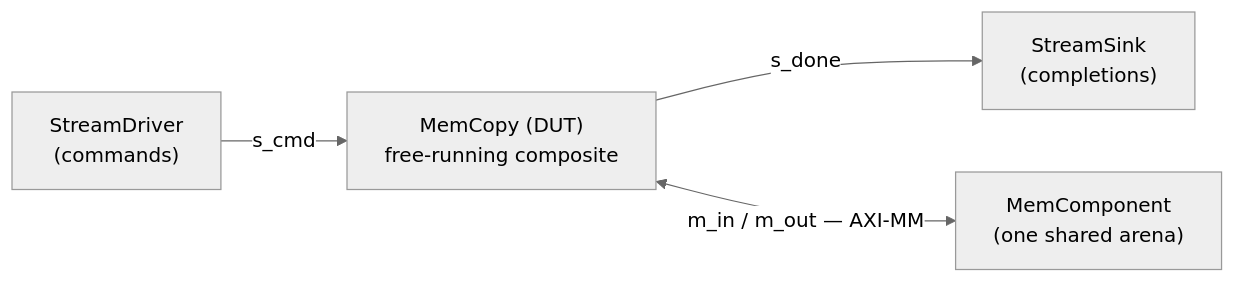
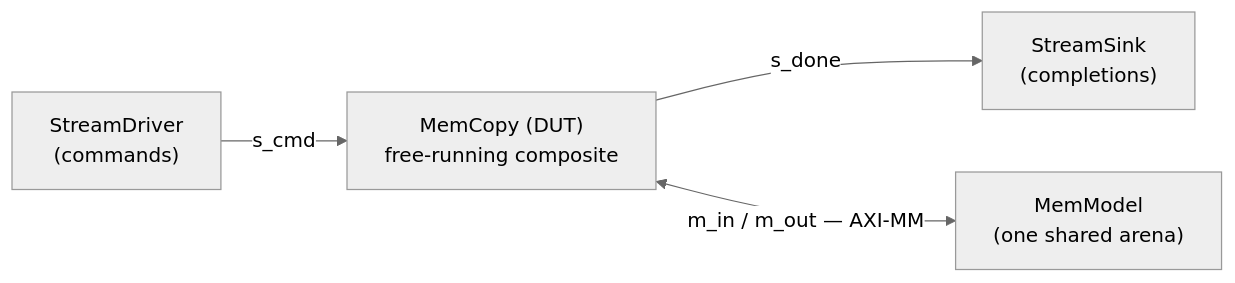
The diagram in docs/examples/memcpy/testbench.md (sdrangan/waveflow), drawn with Mermaid (neutral theme) before and after one commit. The commit also changed other lines of this file and 80 other files, not shown here.

First line of the commit message:
docs: rename to HwModule vocabulary; restructure flows → "Hardware modules and Flows"

````diff
--- a/docs/examples/memcpy/testbench.md
+++ b/docs/examples/memcpy/testbench.md
@@ -31,6 +31,6 @@
 ```mermaid
 graph LR
     DRV["StreamDriver<br/>(commands)"] -->|s_cmd| DUT["MemCopy (DUT)<br/>free-running composite"]
     DUT -->|s_done| SNK["StreamSink<br/>(completions)"]
-    DUT <-->|"m_in / m_out — AXI-MM"| MEM["MemComponent<br/>(one shared arena)"]
+    DUT <-->|"m_in / m_out — AXI-MM"| MEM["MemModel<br/>(one shared arena)"]
 ```
````
